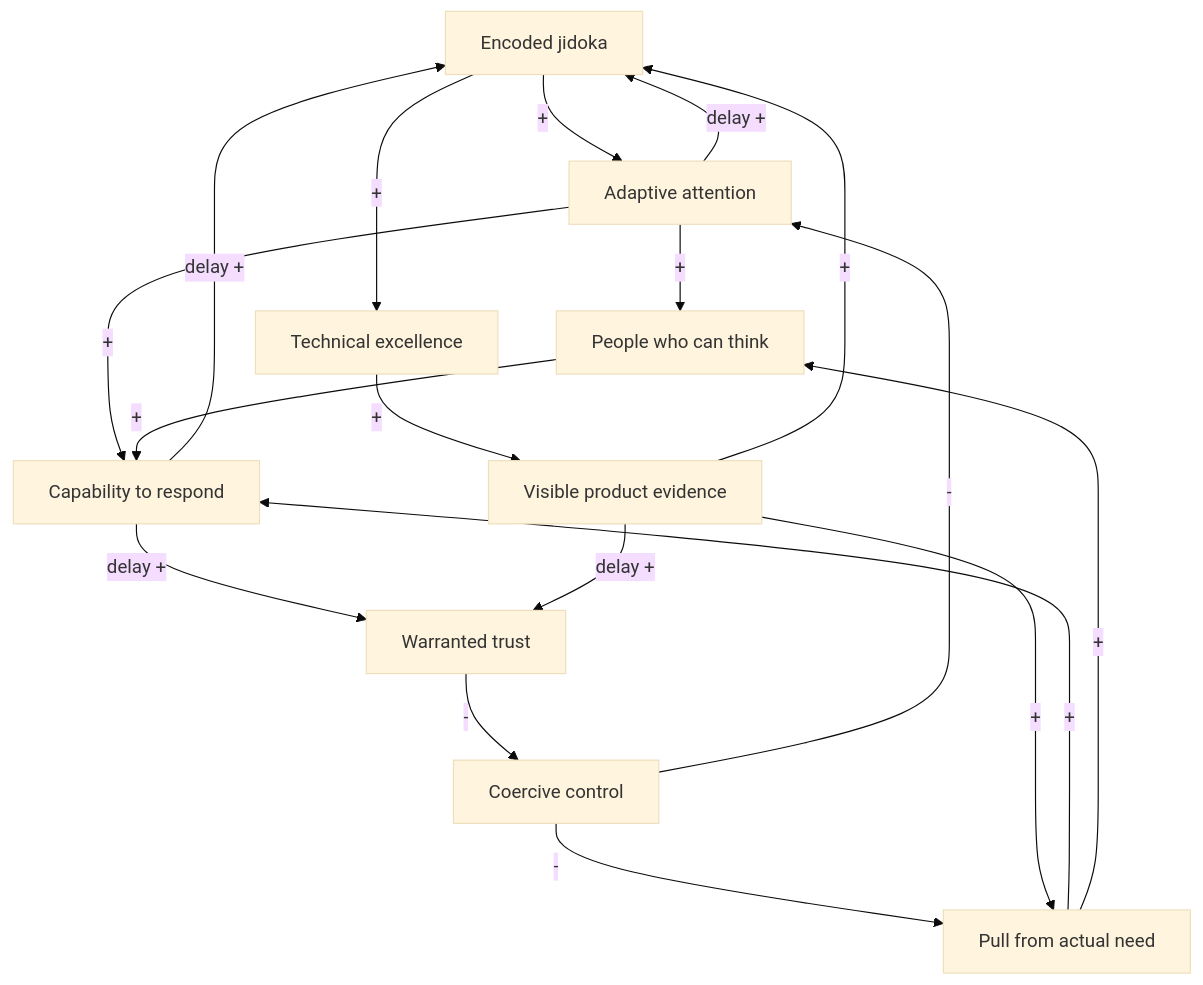
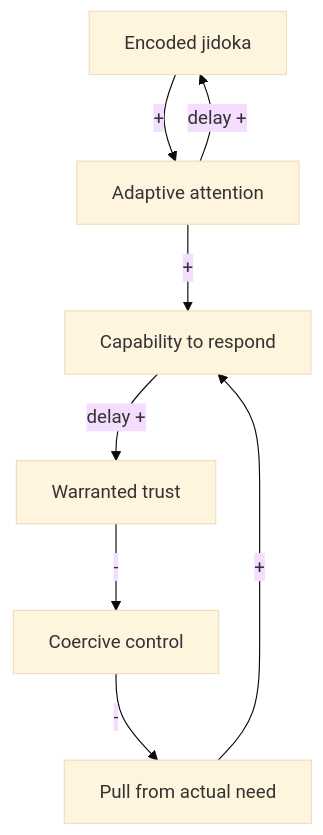
Before and after one commit to terryyin/terry-talks: the first of 3 diagrams in TPS and AI/claims/22-tps-less-ai-cld.md, drawn with Mermaid (base theme). The commit also changed other lines of this file, not shown here.

Commit message:
Settle the Claim 22 slide figure set at three small CLDs

````diff
--- a/TPS and AI/claims/22-tps-less-ai-cld.md
+++ b/TPS and AI/claims/22-tps-less-ai-cld.md
@@ -84,31 +93,17 @@
 ```mermaid
 flowchart TB
   EJ[Encoded jidoka]
   AA[Adaptive attention]
-  THINK[People who can think]
   CAP[Capability to respond]
   WT[Warranted trust]
   CC[Coercive control]
   PULL[Pull from actual need]
-  TE[Technical excellence]
-  VIS[Visible product evidence]
 
   EJ -->|"+"| AA
-  AA -->|"+"| THINK
+  AA -->|"delay +"| EJ
   AA -->|"+"| CAP
-  THINK -->|"+"| CAP
   CAP -->|"delay +"| WT
   WT -->|"-"| CC
   CC -->|"-"| PULL
-  CC -->|"-"| AA
   PULL -->|"+"| CAP
-  PULL -->|"+"| THINK
-  CAP -->|"delay +"| EJ
-  AA -->|"delay +"| EJ
-
-  TE -->|"+"| VIS
-  EJ -->|"+"| TE
-  VIS -->|"+"| PULL
-  VIS -->|"+"| EJ
-  VIS -->|"delay +"| WT
 ```
````
